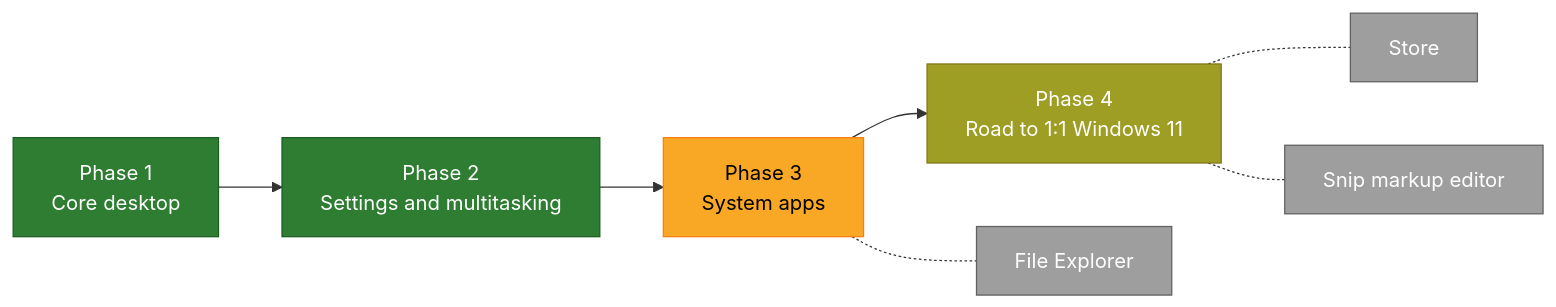
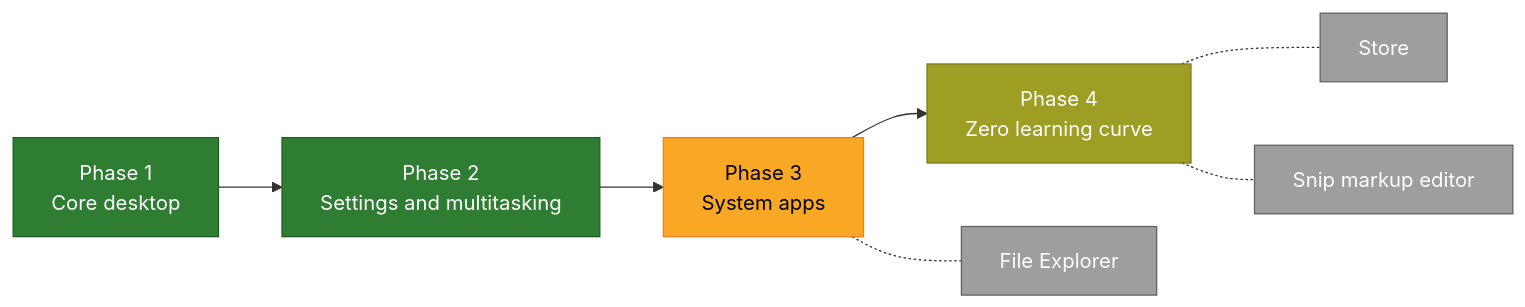
Before and after one commit to znraznra/lapin-ux: the first of 2 diagrams in README.md, drawn with Mermaid. The commit also changed other lines of this file and 17 other files, not shown here.

First line of the commit message:
Docs: position Lapin UX as a zero-learning-curve desktop; drop Windows 11 references

````diff
--- a/README.md
+++ b/README.md
@@ -74,11 +84,11 @@
 ```mermaid
 flowchart LR
-    P1["Phase 1<br/>Core desktop"]:::done --> P2["Phase 2<br/>Settings and multitasking"]:::done --> P3["Phase 3<br/>System apps"]:::partly --> P4["Phase 4<br/>Road to 1:1 Windows 11"]:::mostly
+    P1["Phase 1<br/>Core desktop"]:::done --> P2["Phase 2<br/>Settings and multitasking"]:::done --> P3["Phase 3<br/>System apps"]:::partly --> P4["Phase 4<br/>Zero learning curve"]:::mostly
     P3 -.- FE["File Explorer"]:::todo
     P4 -.- ST["Store"]:::todo
     P4 -.- MK["Snip markup editor"]:::todo
     classDef done fill:#2e7d32,color:#fff,stroke:#1b5e20
     classDef mostly fill:#9e9d24,color:#fff,stroke:#827717
     classDef partly fill:#f9a825,color:#000,stroke:#f57f17
     classDef todo fill:#9e9e9e,color:#fff,stroke:#616161
 ```
````
